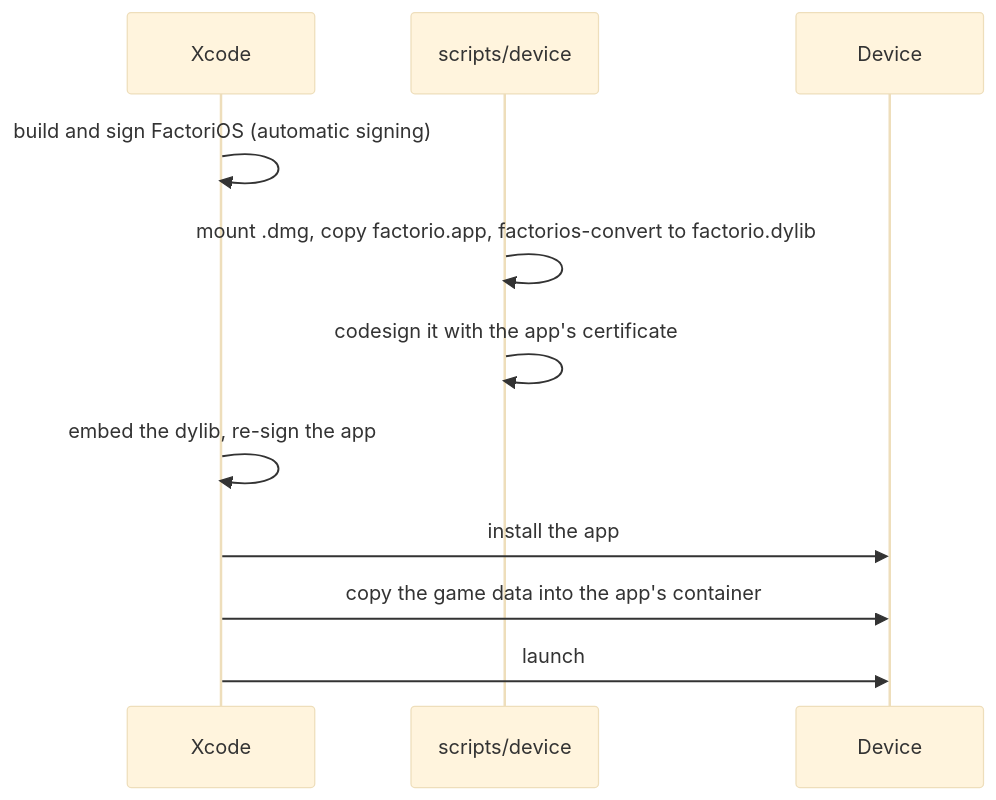
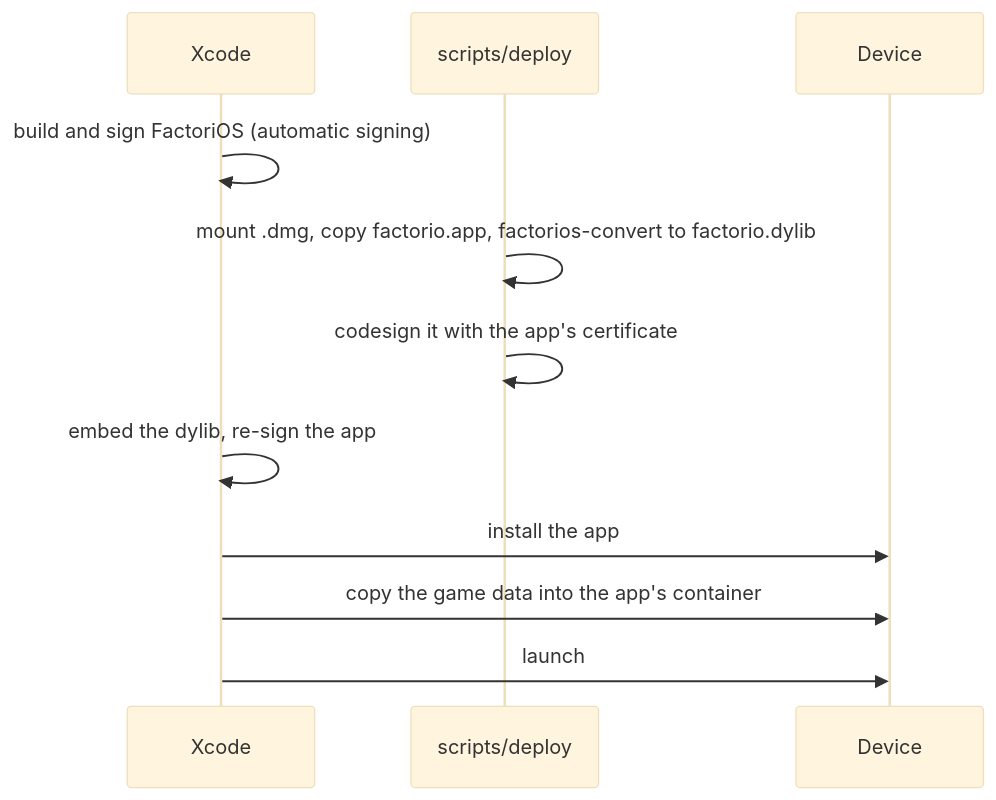
One commit to klesersurovyj-a11y/factorios changed the second of 2 diagrams in docs/getting-started.md. Above: the diagram before and after it, drawn with Mermaid (base theme). The commit also changed other lines of this file and 110 other files, not shown here.

````diff
--- a/docs/getting-started.md
+++ b/docs/getting-started.md
@@ -74,13 +74,13 @@
 ```mermaid
 sequenceDiagram
     participant X as Xcode
-    participant P as scripts/device
+    participant P as scripts/deploy
     participant D as Device
     X->>X: build and sign FactoriOS (automatic signing)
     P->>P: mount .dmg, copy factorio.app, factorios-convert to factorio.dylib
     P->>P: codesign it with the app's certificate
     X->>X: embed the dylib, re-sign the app
     X->>D: install the app
     X->>D: copy the game data into the app's container
     X->>D: launch
 ```
````
